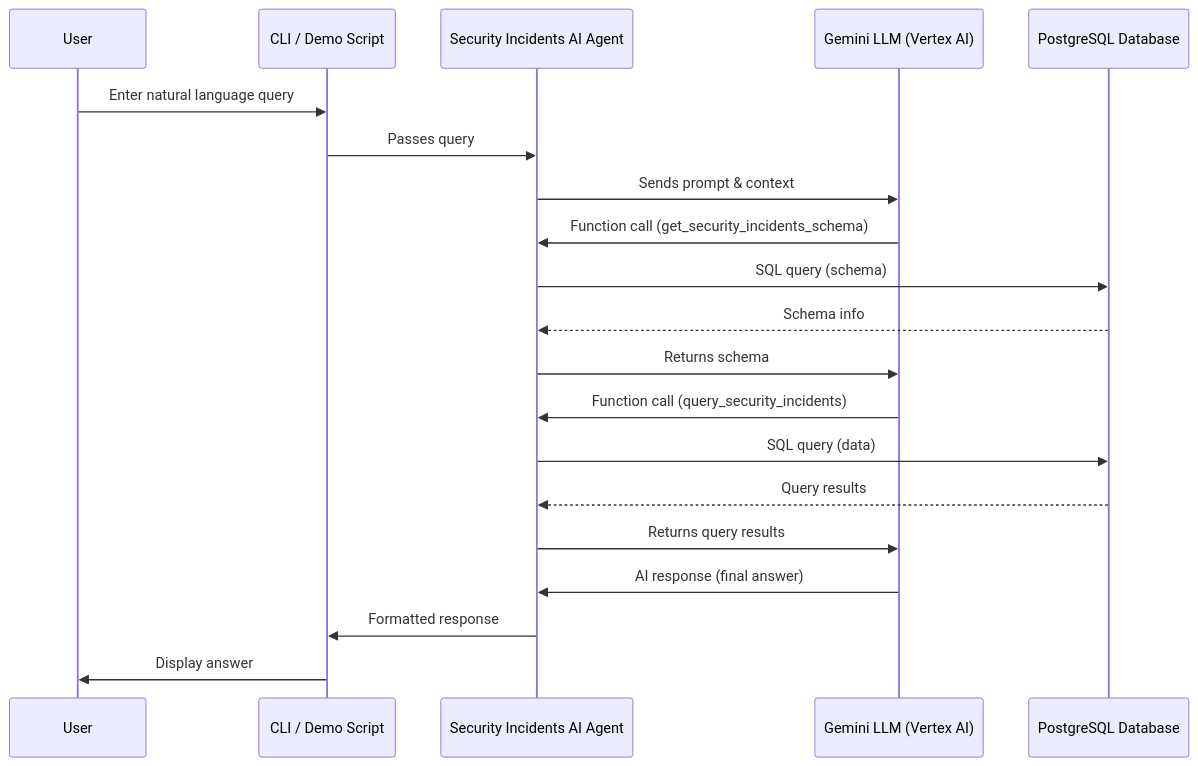
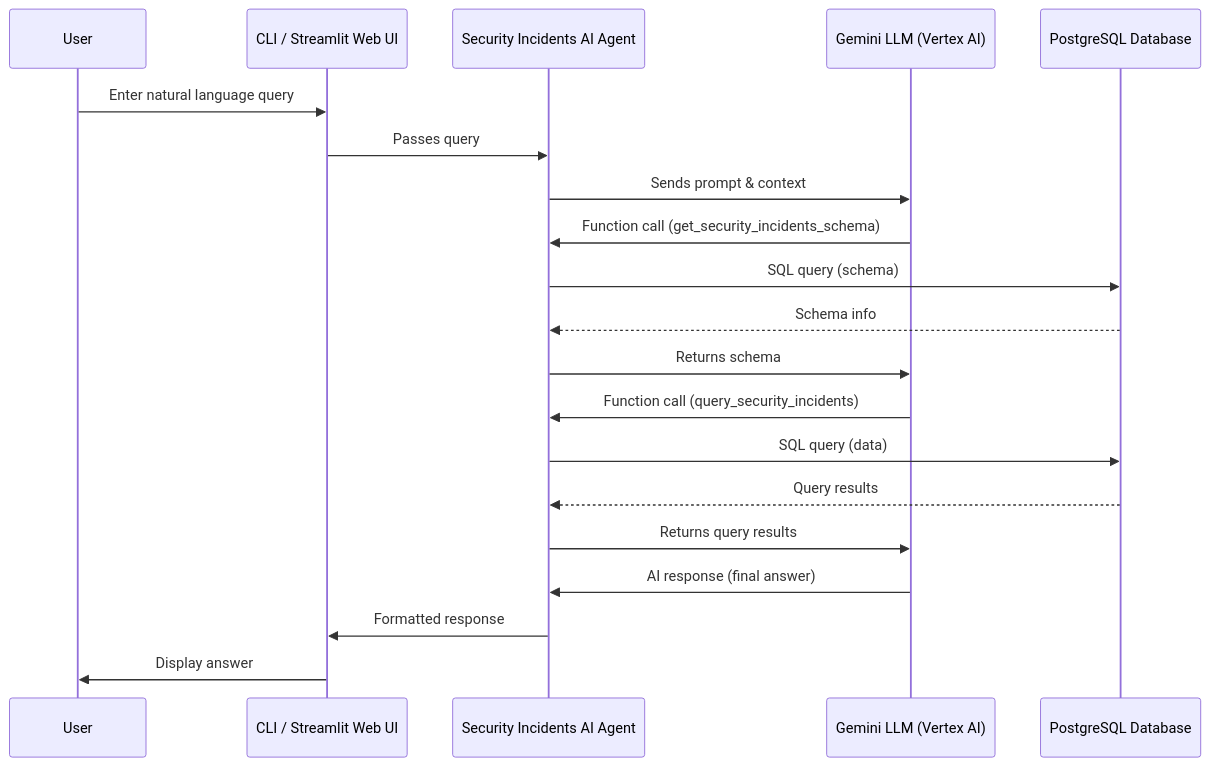
One commit to mrwadams/security-incident-agent changed the diagram in README.md. Above: the diagram before and after it, drawn with Mermaid. The commit also changed other lines of this file and 1 other file, not shown here.

Commit message:
Update README.md to reflect the use of Gemini API instead of Vertex AI, rename architecture diagram to sequence diagram, and add the sequence diagram image. Adjust descriptions for clarity and accuracy.

````diff
--- a/README.md
+++ b/README.md
@@ -18,23 +20,23 @@
 ```mermaid
 sequenceDiagram
     participant User
-    participant CLI as CLI / Demo Script
+    participant UI as CLI / Streamlit Web UI
     participant Agent as Security Incidents AI Agent
     participant Gemini as Gemini LLM (Vertex AI)
     participant DB as PostgreSQL Database
 
-    User->>CLI: Enter natural language query
-    CLI->>Agent: Passes query
+    User->>UI: Enter natural language query
+    UI->>Agent: Passes query
     Agent->>Gemini: Sends prompt & context
     Gemini->>Agent: Function call (get_security_incidents_schema)
     Agent->>DB: SQL query (schema)
     DB-->>Agent: Schema info
     Agent->>Gemini: Returns schema
     Gemini->>Agent: Function call (query_security_incidents)
     Agent->>DB: SQL query (data)
     DB-->>Agent: Query results
     Agent->>Gemini: Returns query results
     Gemini->>Agent: AI response (final answer)
-    Agent->>CLI: Formatted response
-    CLI->>User: Display answer
+    Agent->>UI: Formatted response
+    UI->>User: Display answer
 ```
````
